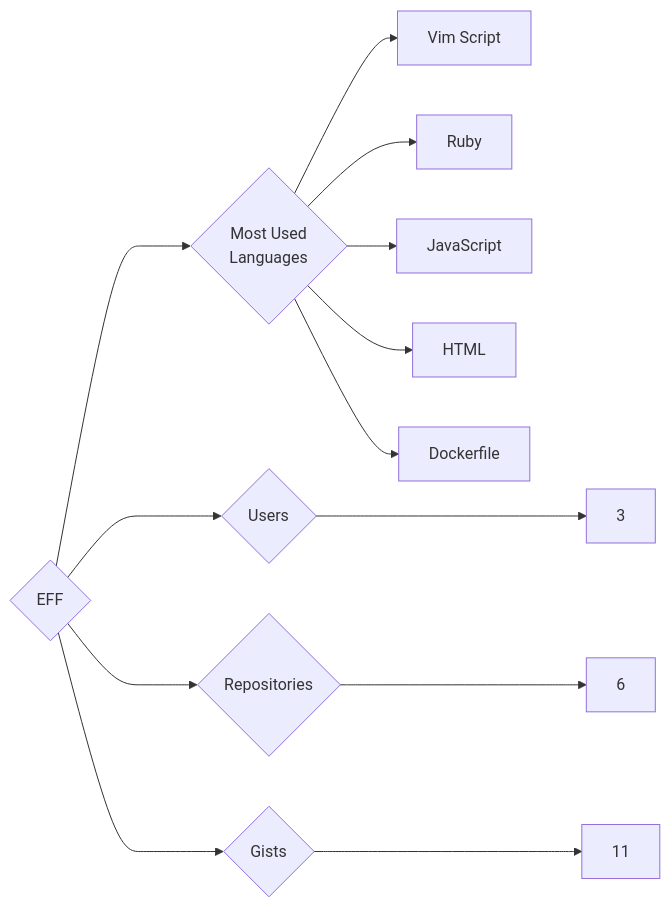
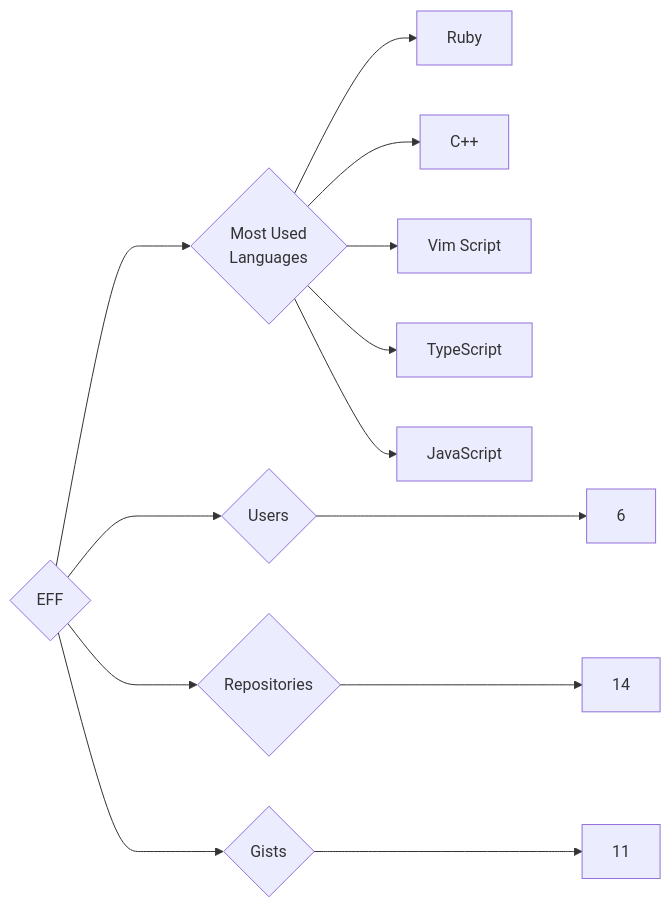
One commit to trickest/insiders changed the diagram in targets/EFF/README.md. Above: the diagram before and after it, drawn with Mermaid. The commit also changed 714 other files, not shown here.

````diff
--- a/targets/EFF/README.md
+++ b/targets/EFF/README.md
@@ -3,13 +3,13 @@
 ```mermaid
 graph LR
 COMPANY_NAME{EFF}
-COMPANY_NAME ---> U{Users} ---> UN[3]
-COMPANY_NAME ---> R{Repositories} ---> RN[6]
+COMPANY_NAME ---> U{Users} ---> UN[6]
+COMPANY_NAME ---> R{Repositories} ---> RN[14]
 COMPANY_NAME ---> G{Gists} ---> GN[11]
 COMPANY_NAME ---> ML{Most Used<br>Languages}
+ML --> Ruby[Ruby]
+ML --> C++[C++]
 ML --> Vim_Script[Vim Script]
-ML --> Ruby[Ruby]
+ML --> TypeScript[TypeScript]
 ML --> JavaScript[JavaScript]
-ML --> HTML[HTML]
-ML --> Dockerfile[Dockerfile]
 ```
````
